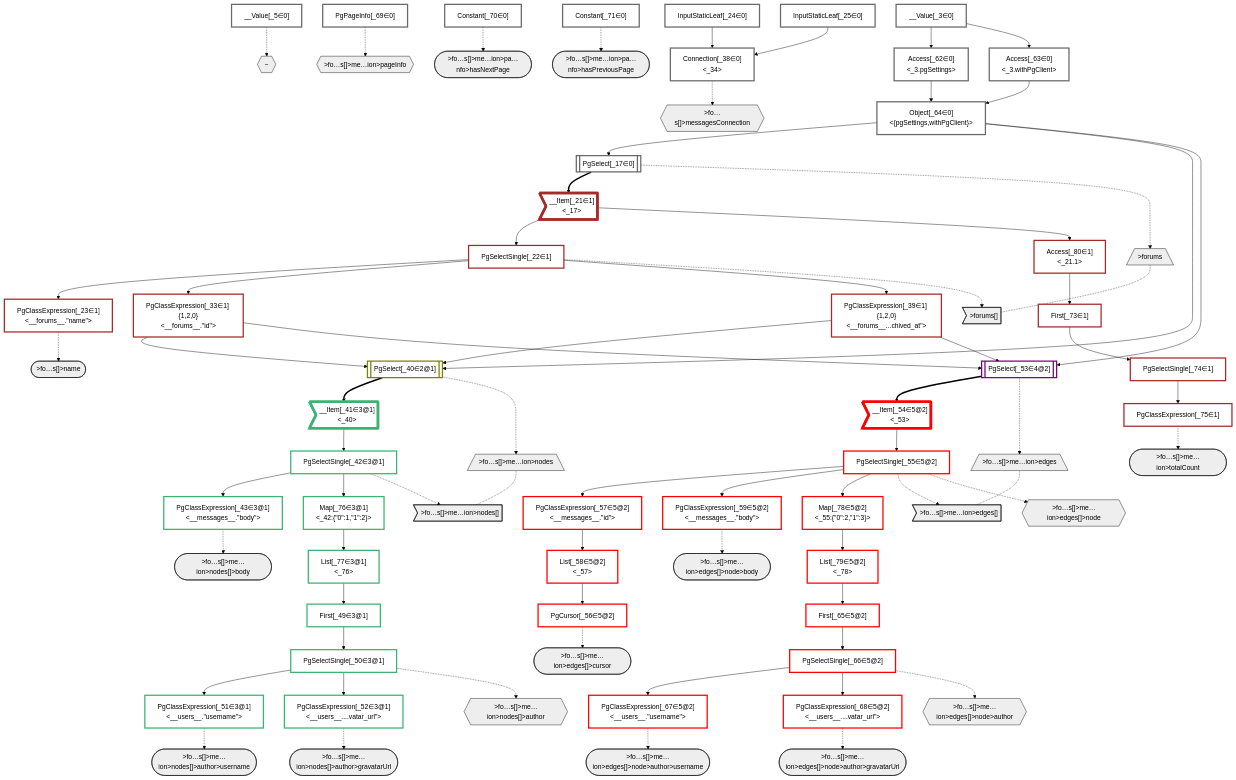
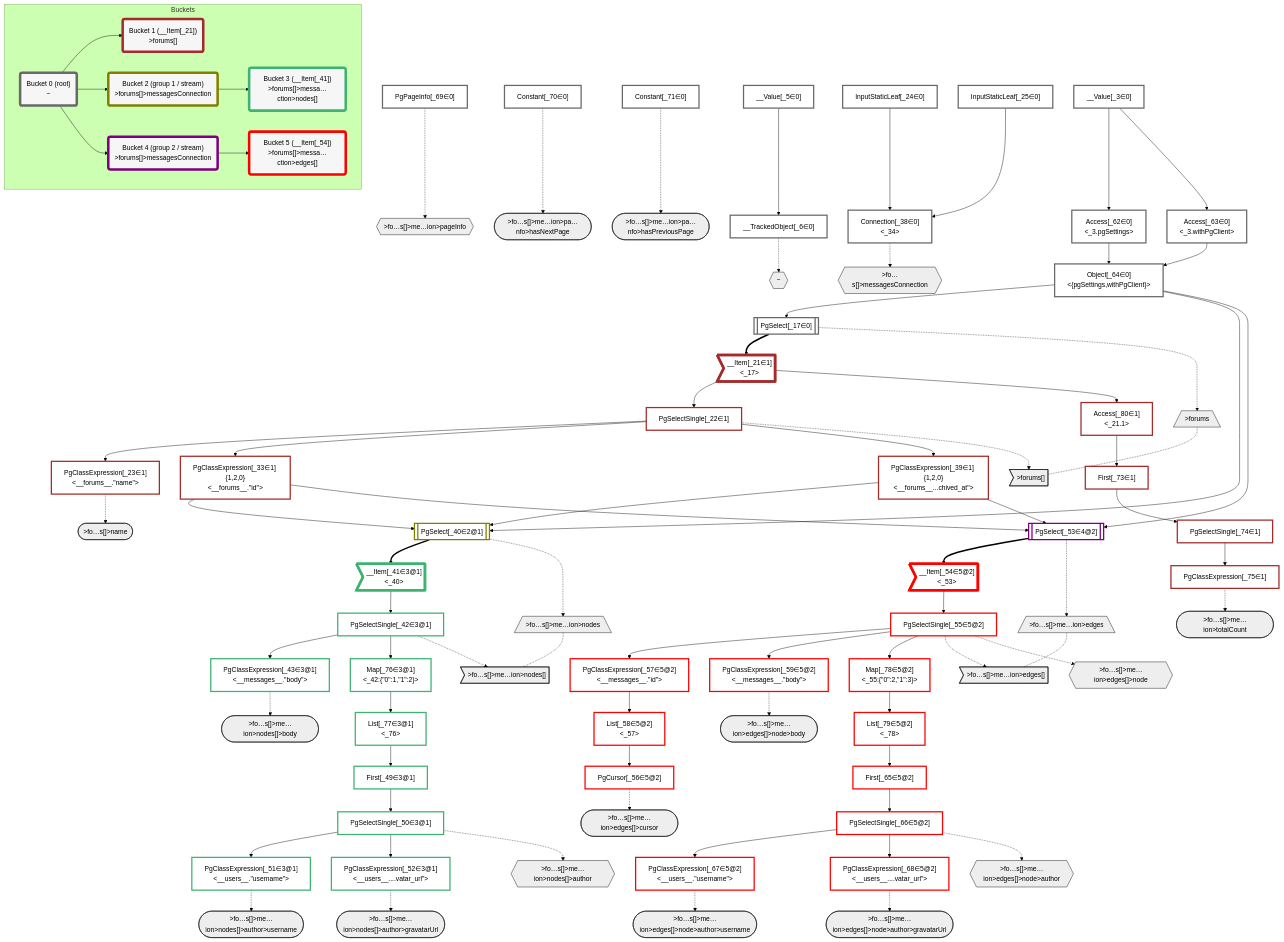
Before and after one commit to graphile/crystal: the diagram in packages/dataplan-pg/__tests__/queries/conditions/archived-forum-inherited-messages.stream-2.mermaid.md, drawn with Mermaid (forest theme). The commit also changed 195 other files, not shown here.

````diff
--- a/packages/dataplan-pg/__tests__/queries/conditions/archived-forum-inherited-messages.stream-2.mermaid.md
+++ b/packages/dataplan-pg/__tests__/queries/conditions/archived-forum-inherited-messages.stream-2.mermaid.md
@@ -4,6 +4,7 @@
     classDef plan fill:#fff,stroke-width:3px,color:#000
     classDef itemplan fill:#fff,stroke-width:6px,color:#000
     classDef sideeffectplan fill:#f00,stroke-width:6px,color:#000
+    classDef bucket fill:#f6f6f6,color:#000,stroke-width:6px
 
     %% subgraph fields
     P1{{"~"}}:::path
@@ -56,6 +57,7 @@
     %% define plans
     __Value_3["__Value[_3∈0]<br /><context>"]:::plan
     __Value_5["__Value[_5∈0]<br /><rootValue>"]:::plan
+    __TrackedObject_6["__TrackedObject[_6∈0]"]:::plan
     PgSelect_17[["PgSelect[_17∈0]<br /><forums>"]]:::plan
     __Item_21>"__Item[_21∈1]<br /><_17>"]:::itemplan
     PgSelectSingle_22["PgSelectSingle[_22∈1]<br /><forums>"]:::plan
@@ -100,6 +102,7 @@
     Access_80["Access[_80∈1]<br /><_21.1>"]:::plan
 
     %% plan dependencies
+    __Value_5 --> __TrackedObject_6
     Object_64 --> PgSelect_17
     PgSelect_17 ==> __Item_21
     __Item_21 --> PgSelectSingle_22
@@ -145,7 +148,7 @@
     __Item_21 --> Access_80
 
     %% plan-to-path relationships
-    __Value_5 -.-> P1
+    __TrackedObject_6 -.-> P1
     PgSelect_17 -.-> P2
     PgSelectSingle_22 -.-> P3
     PgClassExpression_23 -.-> P4
@@ -171,7 +174,7 @@
 
     %% allocate buckets
     classDef bucket0 stroke:#696969
-    class __Value_3,__Value_5,PgSelect_17,InputStaticLeaf_24,InputStaticLeaf_25,Connection_38,Access_62,Access_63,Object_64,PgPageInfo_69,Constant_70,Constant_71 bucket0
+    class __Value_3,__Value_5,__TrackedObject_6,PgSelect_17,InputStaticLeaf_24,InputStaticLeaf_25,Connection_38,Access_62,Access_63,Object_64,PgPageInfo_69,Constant_70,Constant_71 bucket0
     classDef bucket1 stroke:#a52a2a
     class __Item_21,PgSelectSingle_22,PgClassExpression_23,PgClassExpression_33,PgClassExpression_39,First_73,PgSelectSingle_74,PgClassExpression_75,Access_80 bucket1
     classDef bucket2 stroke:#808000
@@ -182,4 +185,24 @@
     class PgSelect_53 bucket4
     classDef bucket5 stroke:#ff0000
     class __Item_54,PgSelectSingle_55,PgCursor_56,PgClassExpression_57,List_58,PgClassExpression_59,First_65,PgSelectSingle_66,PgClassExpression_67,PgClassExpression_68,Map_78,List_79 bucket5
+
+    subgraph Buckets
+    Bucket0("Bucket 0 (root)<br />~"):::bucket
+    style Bucket0 stroke:#696969
+    Bucket1("Bucket 1 (__Item[_21])<br />>forums[]"):::bucket
+    style Bucket1 stroke:#a52a2a
+    Bucket0 --> Bucket1
+    Bucket2("Bucket 2 (group 1 / stream)<br />>forums[]>messagesConnection"):::bucket
+    style Bucket2 stroke:#808000
+    Bucket0 --> Bucket2
+    Bucket3("Bucket 3 (__Item[_41])<br />>forums[]>messa…ction>nodes[]"):::bucket
+    style Bucket3 stroke:#3cb371
+    Bucket2 --> Bucket3
+    Bucket4("Bucket 4 (group 2 / stream)<br />>forums[]>messagesConnection"):::bucket
+    style Bucket4 stroke:#7f007f
+    Bucket0 --> Bucket4
+    Bucket5("Bucket 5 (__Item[_54])<br />>forums[]>messa…ction>edges[]"):::bucket
+    style Bucket5 stroke:#ff0000
+    Bucket4 --> Bucket5
+    end
 ```
````
